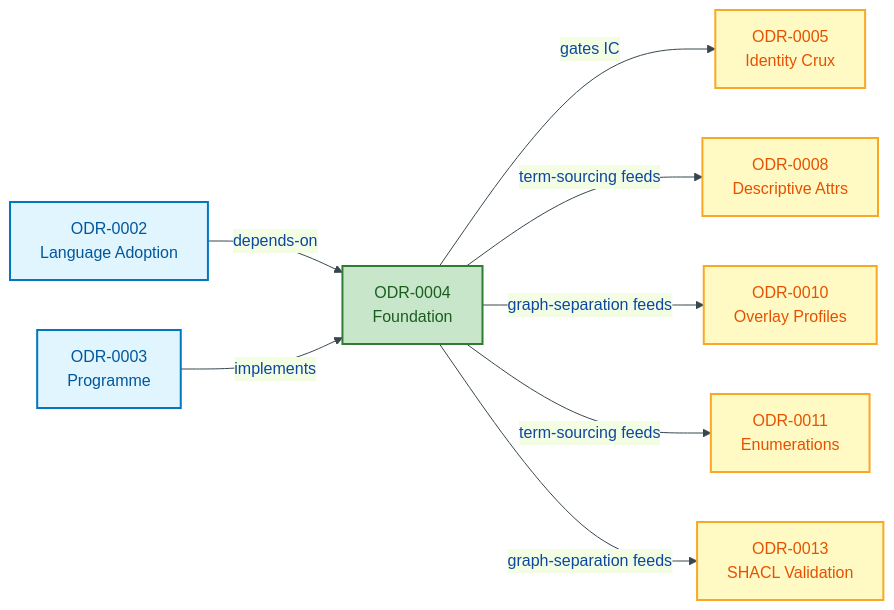
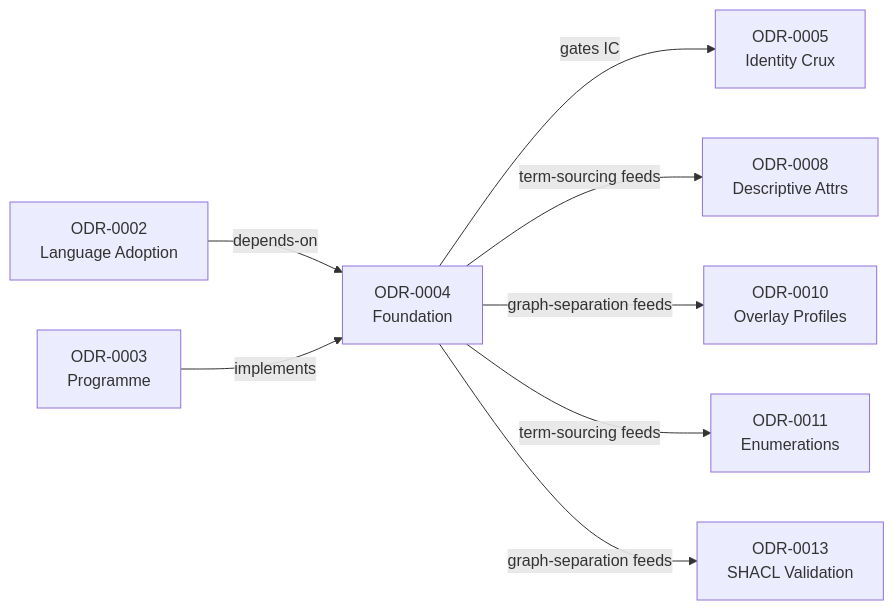
Before and after one commit to sparkling/opda: the first of 4 diagrams in docs/ontology/odr/ODR-0004-pdtf-ontology-foundation.md, drawn with Mermaid. The commit also changed other lines of this file and 25 other files, not shown here.

````diff
--- a/docs/ontology/odr/ODR-0004-pdtf-ontology-foundation.md
+++ b/docs/ontology/odr/ODR-0004-pdtf-ontology-foundation.md
@@ -20,26 +20,22 @@
 ```mermaid
-%%{init:{"theme":"base","themeVariables":{"primaryColor":"#E3F2FD","primaryTextColor":"#0D47A1","primaryBorderColor":"#1565C0","lineColor":"#37474F"}}}%%
 flowchart LR
     accTitle: ODR-0004 dependency and gating relationships
     accDescr: ODR-0004 depends on ODR-0002 and implements ODR-0003; it gates ODR-0005 and feeds ODR-0008, ODR-0010, ODR-0011, and ODR-0013.
-    classDef dep fill:#E1F5FE,stroke:#0277BD,stroke-width:2px,color:#01579B
-    classDef self fill:#C8E6C9,stroke:#2E7D32,stroke-width:2px,color:#1B5E20
-    classDef down fill:#FFF9C4,stroke:#F9A825,stroke-width:2px,color:#E65100
 
-    ODR0002["ODR-0002<br/>Language Adoption"]:::dep
-    ODR0003["ODR-0003<br/>Programme"]:::dep
-    ODR0004["ODR-0004<br/>Foundation"]:::self
-    ODR0005["ODR-0005<br/>Identity Crux"]:::down
-    ODR0008["ODR-0008<br/>Descriptive Attrs"]:::down
-    ODR0010["ODR-0010<br/>Overlay Profiles"]:::down
-    ODR0011["ODR-0011<br/>Enumerations"]:::down
-    ODR0013["ODR-0013<br/>SHACL Validation"]:::down
+    ODR0002["ODR-0002<br/>Language Adoption"]:::process
+    ODR0003["ODR-0003<br/>Programme"]:::process
+    ODR0004["ODR-0004<br/>Foundation"]:::success
+    ODR0005["ODR-0005<br/>Identity Crux"]:::warning
+    ODR0008["ODR-0008<br/>Descriptive Attrs"]:::warning
+    ODR0010["ODR-0010<br/>Overlay Profiles"]:::warning
+    ODR0011["ODR-0011<br/>Enumerations"]:::warning
+    ODR0013["ODR-0013<br/>SHACL Validation"]:::warning
 
     ODR0002 -->|"depends-on"| ODR0004
     ODR0003 -->|"implements"| ODR0004
     ODR0004 -->|"gates IC"| ODR0005
     ODR0004 -->|"term-sourcing feeds"| ODR0008
     ODR0004 -->|"graph-separation feeds"| ODR0010
     ODR0004 -->|"term-sourcing feeds"| ODR0011
     ODR0004 -->|"graph-separation feeds"| ODR0013
 ```
````
